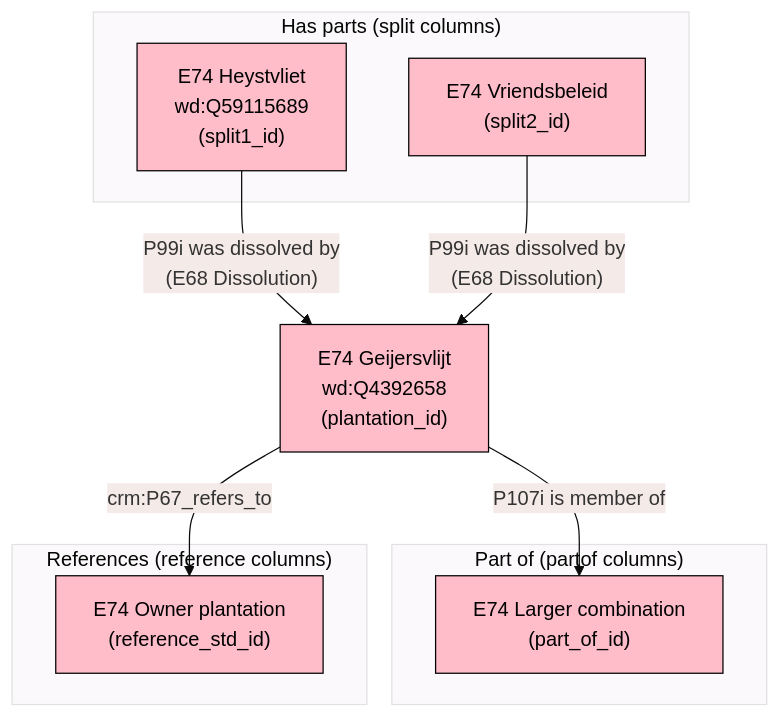
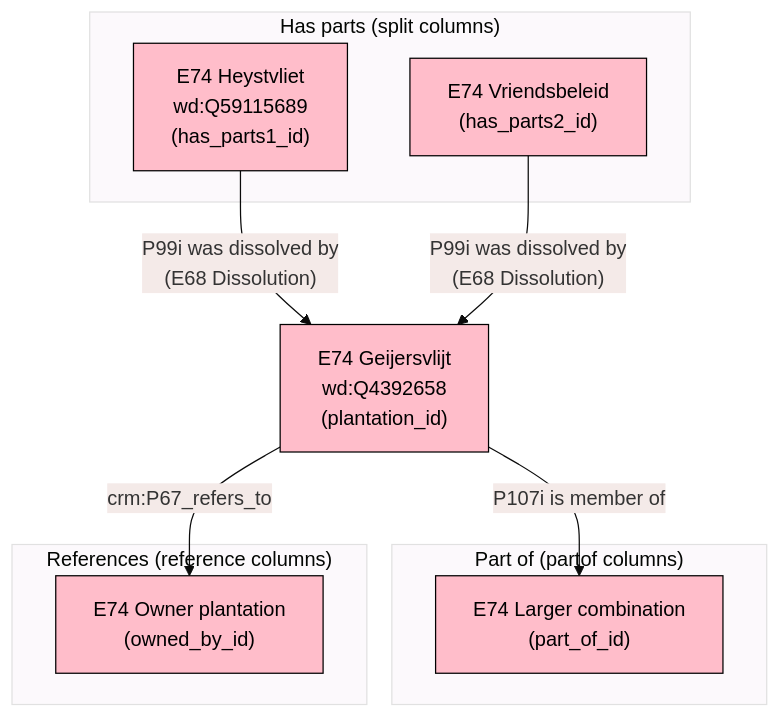
Before and after one commit to SurinameTimeMachine/suriname-database-model: the fourth of 7 diagrams in docs/models/observations-explained.mdx, drawn with Mermaid. The commit also changed other lines of this file and 29 other files, not shown here.

````diff
--- a/docs/models/observations-explained.mdx
+++ b/docs/models/observations-explained.mdx
@@ -211,33 +211,33 @@
 ```mermaid
 %%{init: {'theme': 'base', 'themeVariables': { 'primaryColor': '#e8f4ea'}}}%%
 flowchart TB
     subgraph "Has parts (split columns)"
         SPLIT1["E74 Heystvliet
         wd:Q59115689
-        (split1_id)"]
+        (has_parts1_id)"]
         SPLIT2["E74 Vriendsbeleid
-        (split2_id)"]
+        (has_parts2_id)"]
     end
 
     MAIN["E74 Geijersvlijt
     wd:Q4392658
     (plantation_id)"]
 
     subgraph "Part of (partof columns)"
         PARENT["E74 Larger combination
         (part_of_id)"]
     end
 
     subgraph "References (reference columns)"
         REF["E74 Owner plantation
-        (reference_std_id)"]
+        (owned_by_id)"]
     end
 
     SPLIT1 -->|"P99i was dissolved by<br/>(E68 Dissolution)"| MAIN
     SPLIT2 -->|"P99i was dissolved by<br/>(E68 Dissolution)"| MAIN
     MAIN -->|"P107i is member of"| PARENT
     MAIN -->|"crm:P67_refers_to"| REF
 
     classDef crm_E39_Actor fill:#ffbdca,stroke:#000000,color:#000000
     class SPLIT1,SPLIT2,MAIN,PARENT,REF crm_E39_Actor
 ```
````
